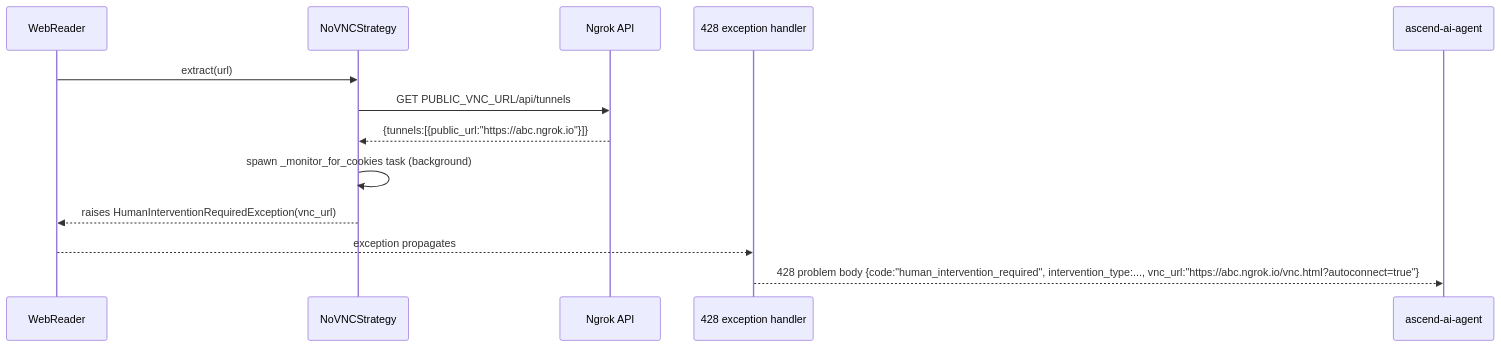
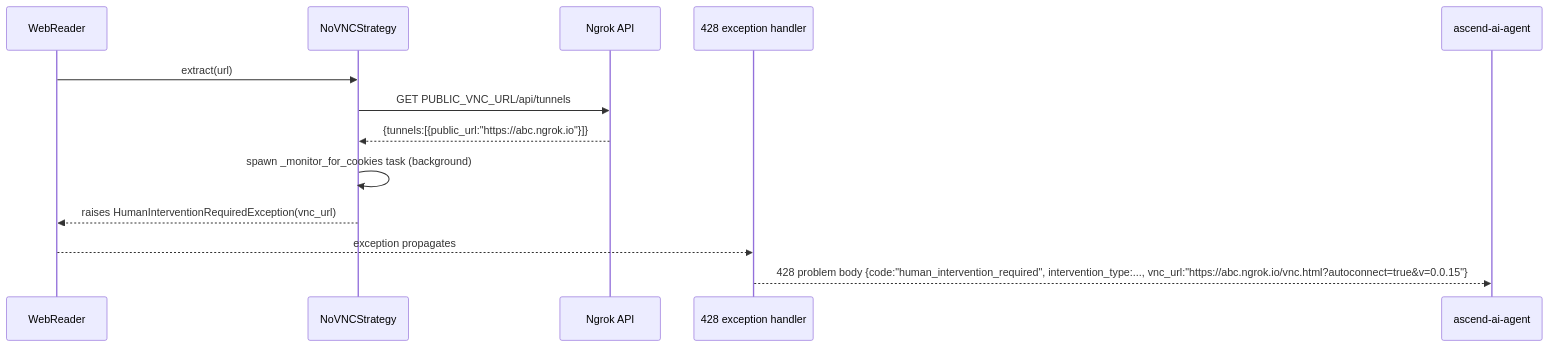
Before and after one commit to Lukk17/AscendAI: the fifth of 6 diagrams in apps/ascend-web-hunter/docs/architecture/arc42/06-runtime-view.md, drawn with Mermaid. The commit also changed other lines of this file and 25 other files, not shown here.

````diff
--- a/apps/ascend-web-hunter/docs/architecture/arc42/06-runtime-view.md
+++ b/apps/ascend-web-hunter/docs/architecture/arc42/06-runtime-view.md
@@ -108,16 +111,16 @@
 ```mermaid
 sequenceDiagram
     participant WR as WebReader
     participant NoVNC as NoVNCStrategy
     participant Ngrok as Ngrok API
     participant Handler as 428 exception handler
     participant Agent as ascend-ai-agent
 
     WR->>NoVNC: extract(url)
     NoVNC->>Ngrok: GET PUBLIC_VNC_URL/api/tunnels
     Ngrok-->>NoVNC: {tunnels:[{public_url:"https://abc.ngrok.io"}]}
     NoVNC->>NoVNC: spawn _monitor_for_cookies task (background)
     NoVNC-->>WR: raises HumanInterventionRequiredException(vnc_url)
     WR-->>Handler: exception propagates
-    Handler-->>Agent: 428 problem body {code:"human_intervention_required", intervention_type:..., vnc_url:"https://abc.ngrok.io/vnc.html?autoconnect=true"}
+    Handler-->>Agent: 428 problem body {code:"human_intervention_required", intervention_type:..., vnc_url:"https://abc.ngrok.io/vnc.html?autoconnect=true&v=0.0.15"}
 ```
````
